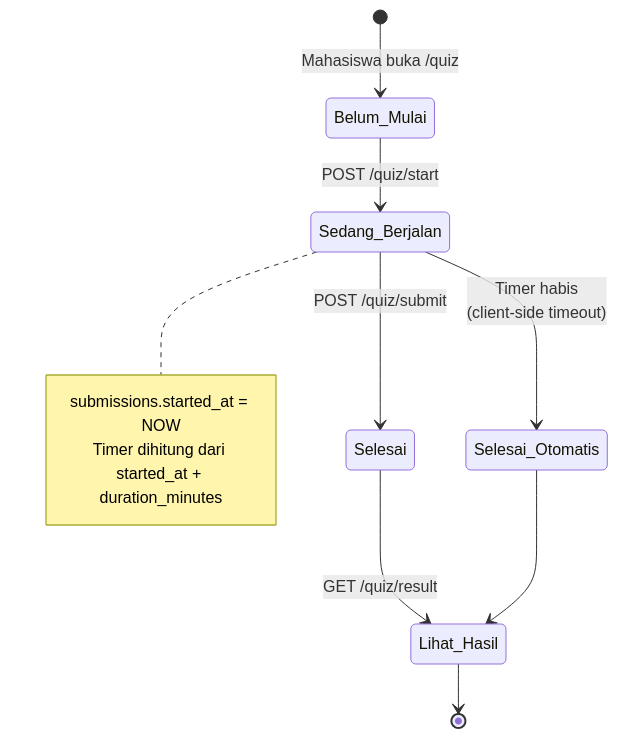
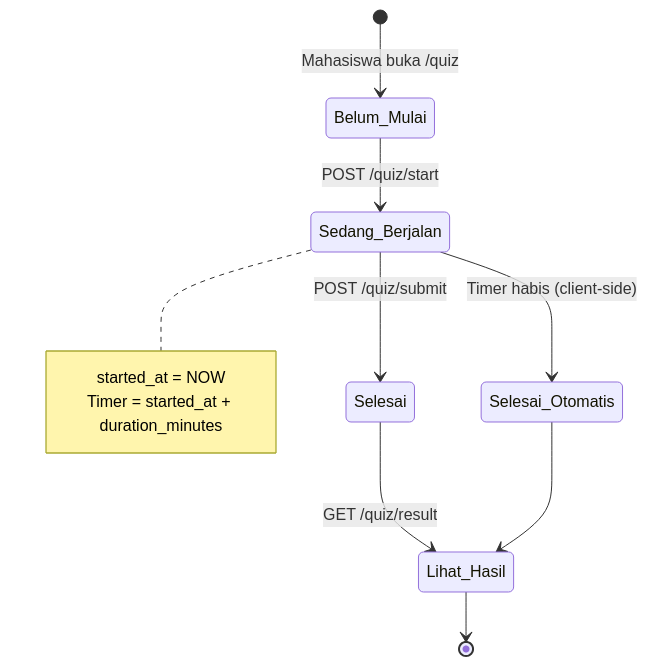
One commit to SendhyKurniawan/projectbasedlearning changed the sixth of 7 diagrams in docs/bab4-implementasi.md. Above: the diagram before and after it, drawn with Mermaid. The commit also changed other lines of this file and 279 other files, not shown here.

````diff
--- a/docs/bab4-implementasi.md
+++ b/docs/bab4-implementasi.md
@@ -892,14 +664,14 @@
 ```mermaid
 stateDiagram-v2
     [*] --> Belum_Mulai: Mahasiswa buka /quiz
     Belum_Mulai --> Sedang_Berjalan: POST /quiz/start
     note right of Sedang_Berjalan
-      submissions.started_at = NOW
-      Timer dihitung dari started_at + duration_minutes
+      started_at = NOW
+      Timer = started_at + duration_minutes
     end note
     Sedang_Berjalan --> Selesai: POST /quiz/submit
-    Sedang_Berjalan --> Selesai_Otomatis: Timer habis<br/>(client-side timeout)
+    Sedang_Berjalan --> Selesai_Otomatis: Timer habis (client-side)
     Selesai --> Lihat_Hasil: GET /quiz/result
     Selesai_Otomatis --> Lihat_Hasil
     Lihat_Hasil --> [*]
 ```
````
